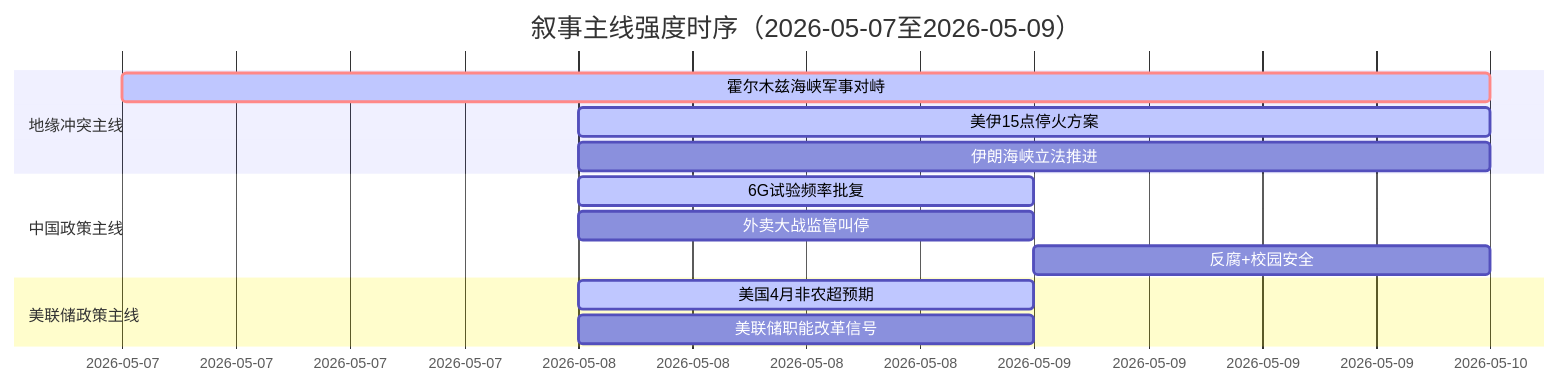
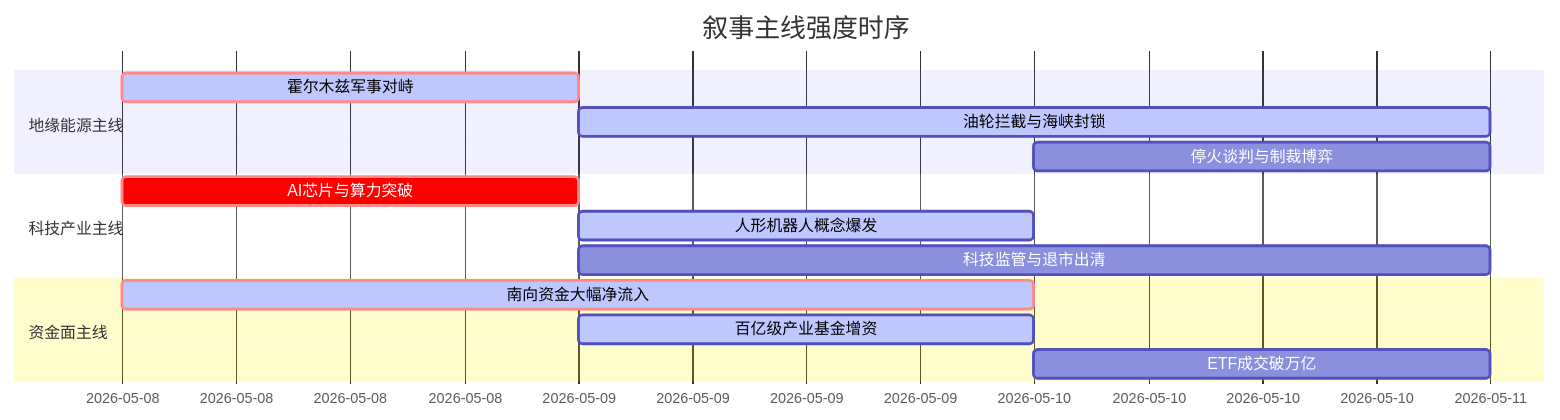
Before and after one commit to uu5zn/uu5zn.github.io: the diagram in 5day_report.md, drawn with Mermaid. The commit also changed other lines of this file and 18 other files, not shown here.

````diff
--- a/5day_report.md
+++ b/5day_report.md
@@ -56,18 +56,19 @@
 ```mermaid
 gantt
-    title 叙事主线强度时序（2026-05-07至2026-05-09）
+    title 叙事主线强度时序
     dateFormat  YYYY-MM-DD
-    section 地缘冲突主线
-    霍尔木兹海峡军事对峙     :crit, active, 2026-05-07, 3d
-    美伊15点停火方案        :active, 2026-05-08, 2d
-    伊朗海峡立法推进        :2026-05-08, 2d
-
-    section 中国政策主线
-    6G试验频率批复          :active, 2026-05-08, 1d
-    外卖大战监管叫停        :2026-05-08, 1d
-    反腐+校园安全          :2026-05-09, 1d
-
-    section 美联储政策主线
-    美国4月非农超预期       :active, 2026-05-08, 1d
-    美联储职能改革信号      :2026-05-08, 1d
+    section 地缘能源主线
+    霍尔木兹军事对峙   :crit, active, 2026-05-08, 1d
+    油轮拦截与海峡封锁 :active, 2026-05-09, 2d
+    停火谈判与制裁博弈 :2026-05-10, 1d
+    
+    section 科技产业主线
+    AI芯片与算力突破   :crit, 2026-05-08, 1d
+    人形机器人概念爆发 :active, 2026-05-09, 1d
+    科技监管与退市出清 :2026-05-09, 2d
+    
+    section 资金面主线
+    南向资金大幅净流入 :crit, active, 2026-05-08, 2d
+    百亿级产业基金增资 :active, 2026-05-09, 1d
+    ETF成交破万亿     :2026-05-10, 1d
 ```
````
